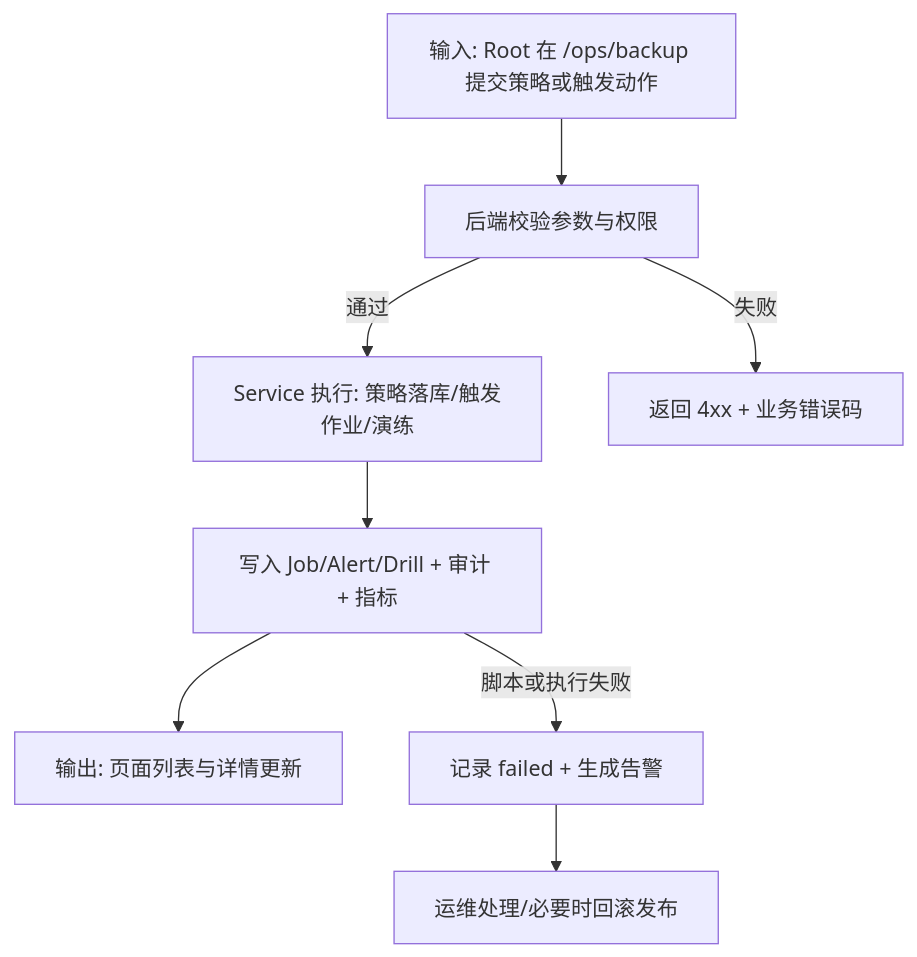
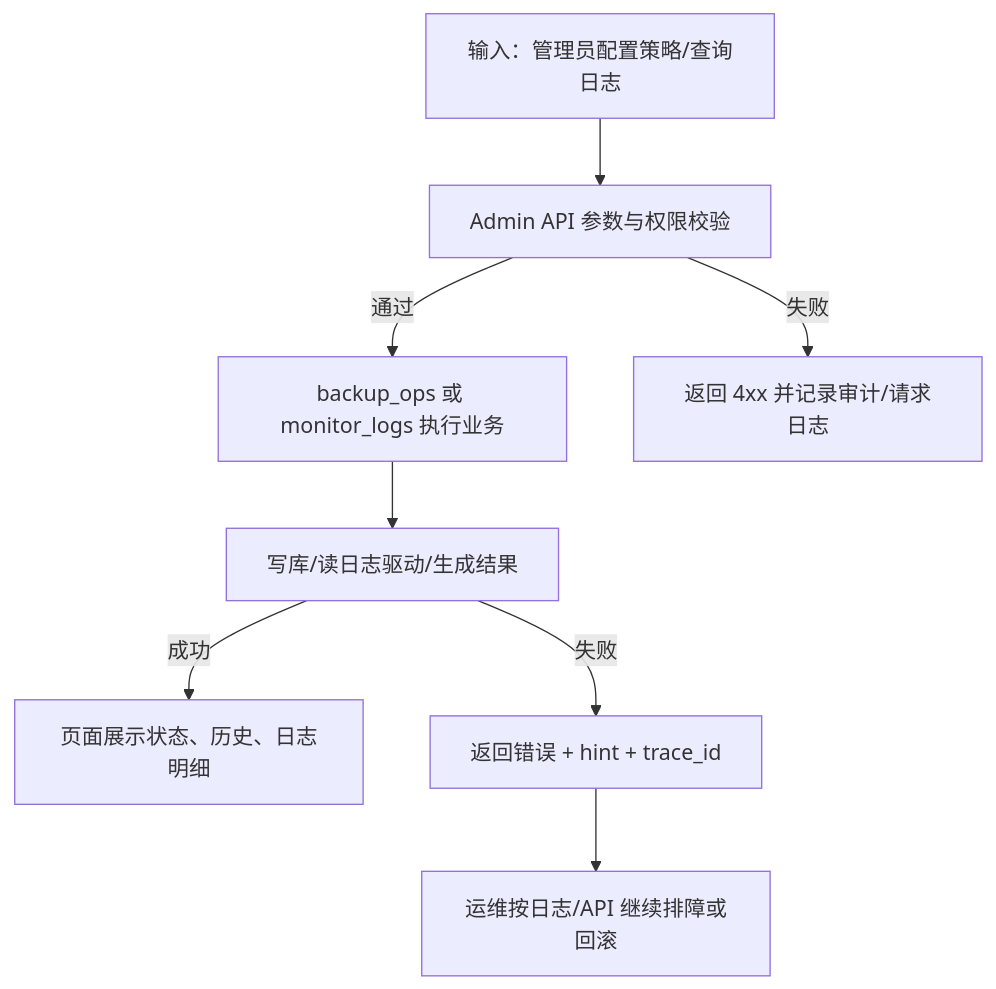
Before and after one commit to ArtisanCloud/PowerX: the second of 3 diagrams in docs/guides/deploy/027-monitor-center/guide.md, drawn with Mermaid. The commit also changed other lines of this file and 32 other files, not shown here.

````diff
--- a/docs/guides/deploy/027-monitor-center/guide.md
+++ b/docs/guides/deploy/027-monitor-center/guide.md
@@ -48,10 +48,10 @@
 ```mermaid
 flowchart TD
-  A[输入: Root 在 /ops/backup 提交策略或触发动作] --> B[后端校验参数与权限]
-  B -->|通过| C[Service 执行: 策略落库/触发作业/演练]
-  B -->|失败| E[返回 4xx + 业务错误码]
-  C --> D[写入 Job/Alert/Drill + 审计 + 指标]
-  D --> F[输出: 页面列表与详情更新]
-  D -->|脚本或执行失败| G[记录 failed + 生成告警]
-  G --> H[运维处理/必要时回滚发布]
+  A["输入：管理员配置策略/查询日志"] --> B["Admin API 参数与权限校验"]
+  B -->|通过| C["backup_ops 或 monitor_logs 执行业务"]
+  B -->|失败| E["返回 4xx 并记录审计/请求日志"]
+  C --> D["写库/读日志驱动/生成结果"]
+  D -->|成功| F["页面展示状态、历史、日志明细"]
+  D -->|失败| G["返回错误 + hint + trace_id"]
+  G --> H["运维按日志/API 继续排障或回滚"]
 ```
````
